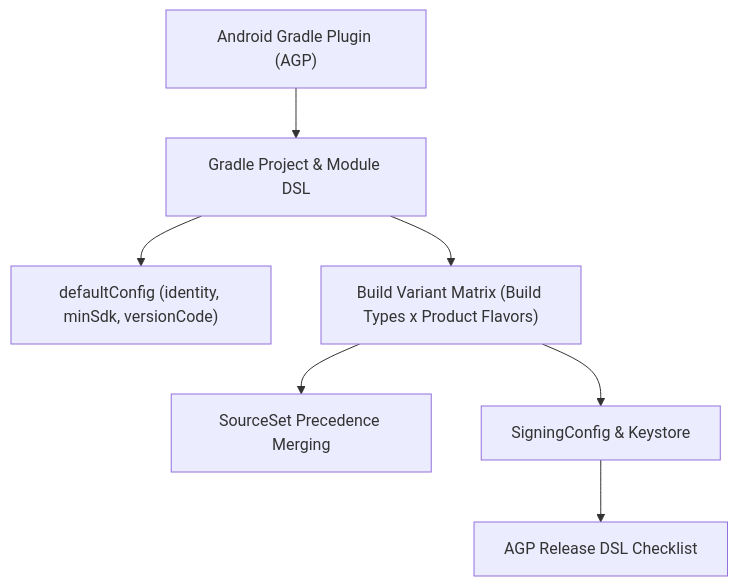
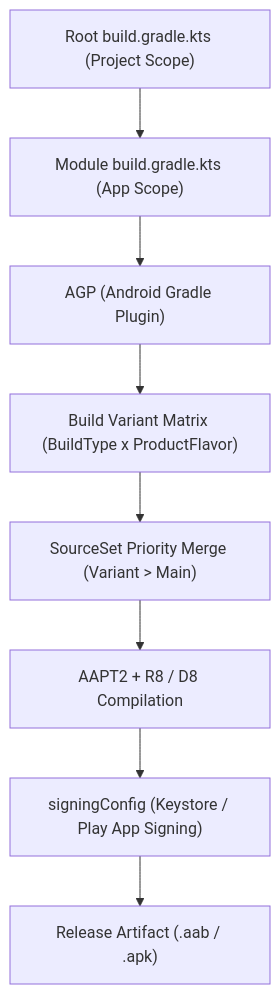
The diagram in 01_inbox/mobile/android/03_packaging_deployment/build/gradle/gradle-build-contracts/gradle-build-contracts.md (youngmin-gwon/what-i-studied), drawn with Mermaid before and after one commit. The commit also changed other lines of this file and 134 other files, not shown here.

````diff
--- a/01_inbox/mobile/android/03_packaging_deployment/build/gradle/gradle-build-contracts/gradle-build-contracts.md
+++ b/01_inbox/mobile/android/03_packaging_deployment/build/gradle/gradle-build-contracts/gradle-build-contracts.md
@@ -17,9 +29,10 @@
 ```mermaid
 flowchart TD
-    AGP["Android Gradle Plugin (AGP)"] --> DSL["Gradle Project & Module DSL"]
-    DSL --> DefaultConfig["defaultConfig (identity, minSdk, versionCode)"]
-    DSL --> Matrix["Build Variant Matrix (Build Types x Product Flavors)"]
-    Matrix --> SourceSet["SourceSet Precedence Merging"]
-    Matrix --> Signing["SigningConfig & Keystore"]
-    Signing --> ReleaseDSL["AGP Release DSL Checklist"]
+    RootBuild["Root build.gradle.kts (Project Scope)"] --> ModuleBuild["Module build.gradle.kts (App Scope)"]
+    ModuleBuild --> AGP["AGP (Android Gradle Plugin)"]
+    AGP --> Variant["Build Variant Matrix (BuildType x ProductFlavor)"]
+    Variant --> SourceSet["SourceSet Priority Merge (Variant > Main)"]
+    SourceSet --> AAPT2_R8["AAPT2 + R8 / D8 Compilation"]
+    AAPT2_R8 --> Signing["signingConfig (Keystore / Play App Signing)"]
+    Signing --> ReleaseArtifact["Release Artifact (.aab / .apk)"]
 ```
````
